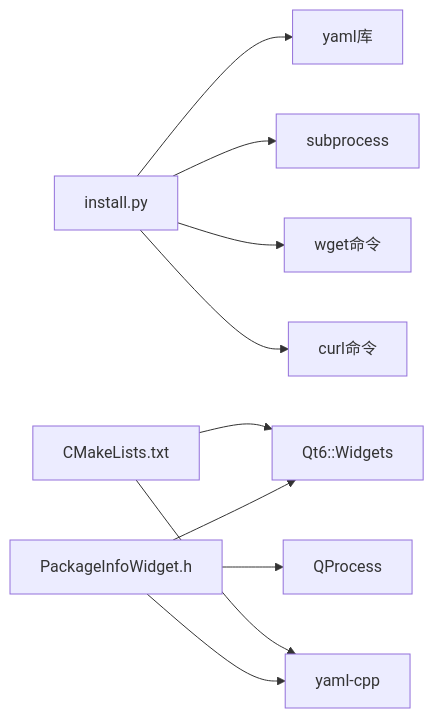
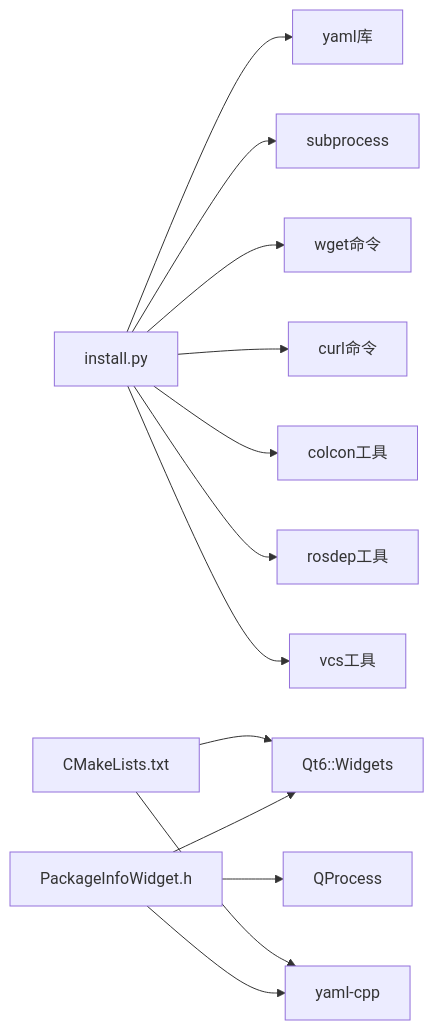
The fifth of 5 diagrams in .qoder/repowiki/zh/content/故障排除.md (firestrongarch/install), drawn with Mermaid before and after one commit. The commit also changed other lines of this file and 3 other files, not shown here.

````diff
--- a/.qoder/repowiki/zh/content/故障排除.md
+++ b/.qoder/repowiki/zh/content/故障排除.md
@@ -303,12 +324,15 @@
 ```mermaid
 graph LR
 PY["install.py"] --> YAML["yaml库"]
 PY --> SUB["subprocess"]
 PY --> WGET["wget命令"]
 PY --> CURL["curl命令"]
+PY --> COLCON["colcon工具"]
+PY --> ROSDEP["rosdep工具"]
+PY --> VCS["vcs工具"]
 GUI["PackageInfoWidget.h"] --> QT["Qt6::Widgets"]
 GUI --> YCPP["yaml-cpp"]
 GUI --> PROC["QProcess"]
 CMAKE["CMakeLists.txt"] --> QT
 CMAKE --> YCPP
 ```
````
